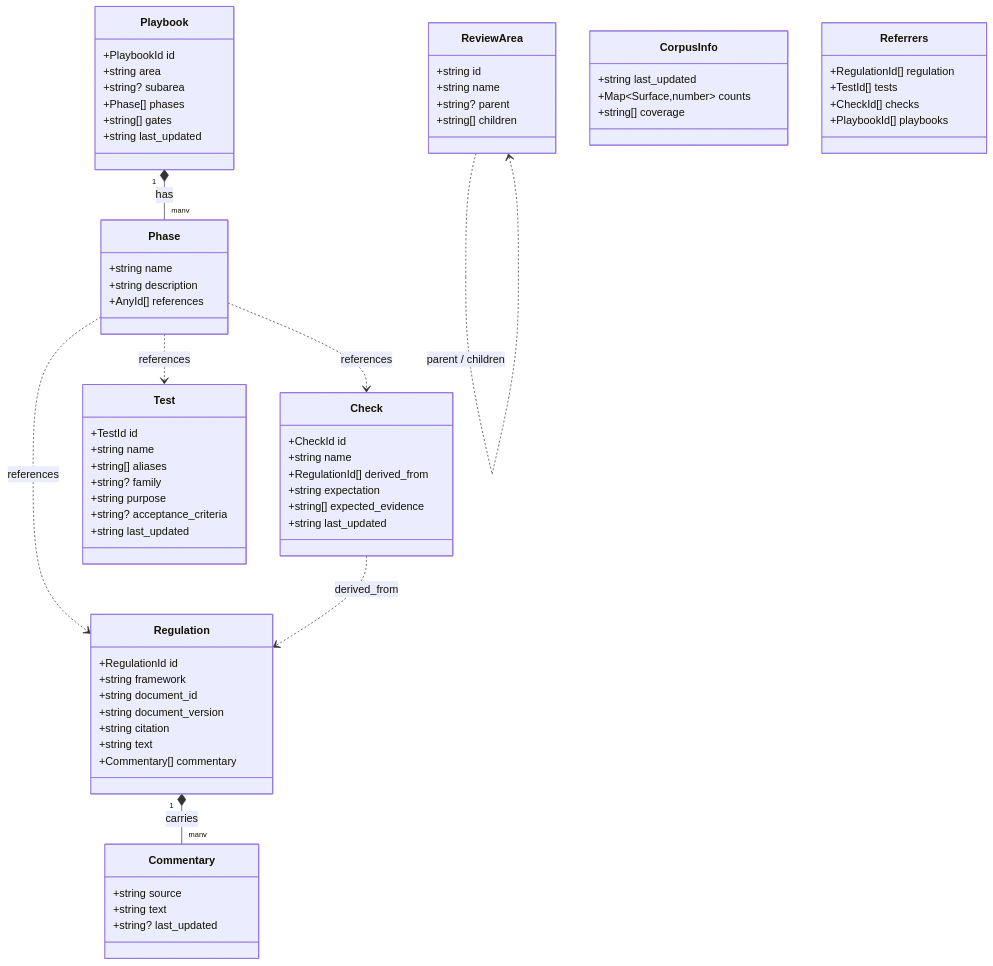
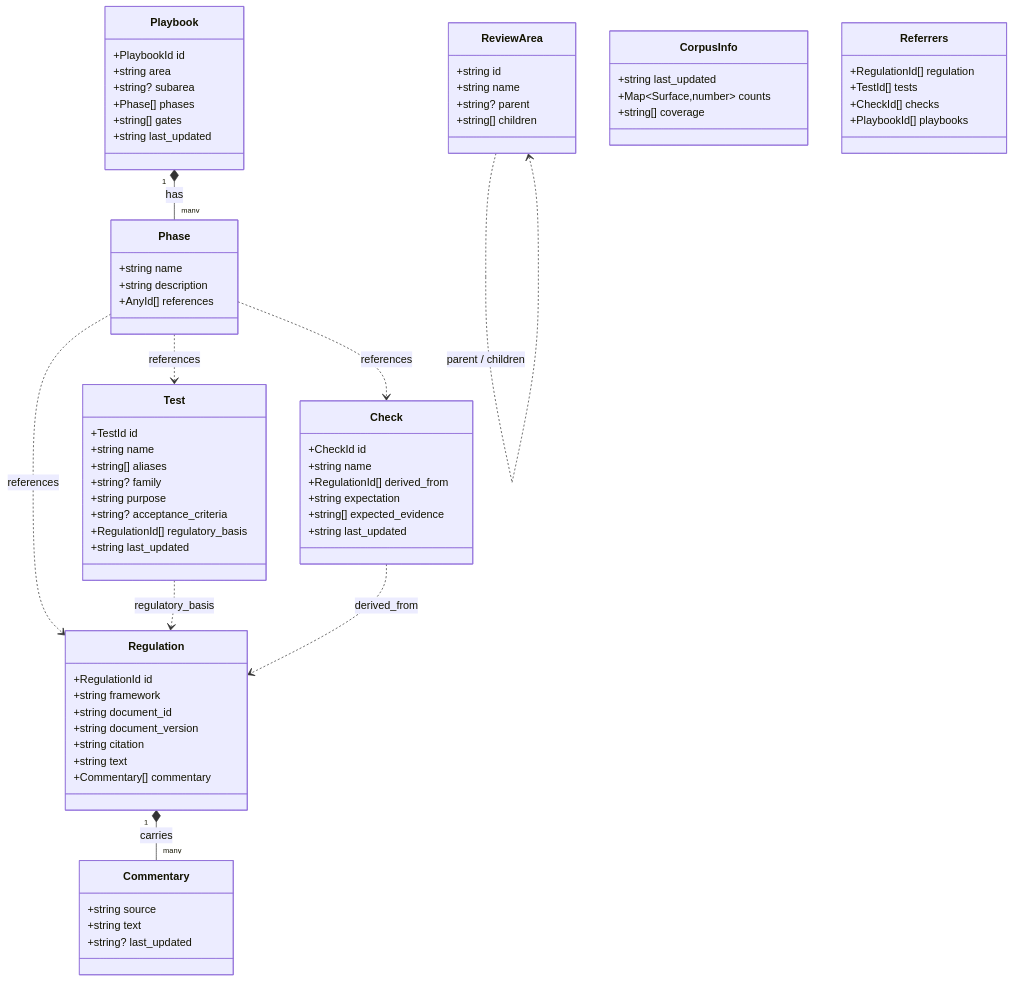
Before and after one commit to rhozacc/prudent-mcp: the first of 2 diagrams in docs/guide/architecture.md, drawn with Mermaid. The commit also changed 5 other files, not shown here.

First line of the commit message:
feat: add regulatory_basis to Test schema

````diff
--- a/docs/guide/architecture.md
+++ b/docs/guide/architecture.md
@@ -7,80 +7,82 @@
 ```mermaid
 classDiagram
     class Regulation {
         +RegulationId id
         +string framework
         +string document_id
         +string document_version
         +string citation
         +string text
         +Commentary[] commentary
     }
 
     class Commentary {
         +string source
         +string text
         +string? last_updated
     }
 
     class Test {
         +TestId id
         +string name
         +string[] aliases
         +string? family
         +string purpose
         +string? acceptance_criteria
+        +RegulationId[] regulatory_basis
         +string last_updated
     }
 
     class Check {
         +CheckId id
         +string name
         +RegulationId[] derived_from
         +string expectation
         +string[] expected_evidence
         +string last_updated
     }
 
     class Playbook {
         +PlaybookId id
         +string area
         +string? subarea
         +Phase[] phases
         +string[] gates
         +string last_updated
     }
 
     class Phase {
         +string name
         +string description
         +AnyId[] references
     }
 
     class ReviewArea {
         +string id
         +string name
         +string? parent
         +string[] children
     }
 
     class CorpusInfo {
         +string last_updated
         +Map~Surface,number~ counts
         +string[] coverage
     }
 
     class Referrers {
         +RegulationId[] regulation
         +TestId[] tests
         +CheckId[] checks
         +PlaybookId[] playbooks
     }
 
     Regulation "1" *-- "many" Commentary : carries
     Playbook "1" *-- "many" Phase : has
     Check ..> Regulation : derived_from
+    Test ..> Regulation : regulatory_basis
     Phase ..> Regulation : references
     Phase ..> Test : references
     Phase ..> Check : references
     ReviewArea ..> ReviewArea : parent / children
 ```
````
